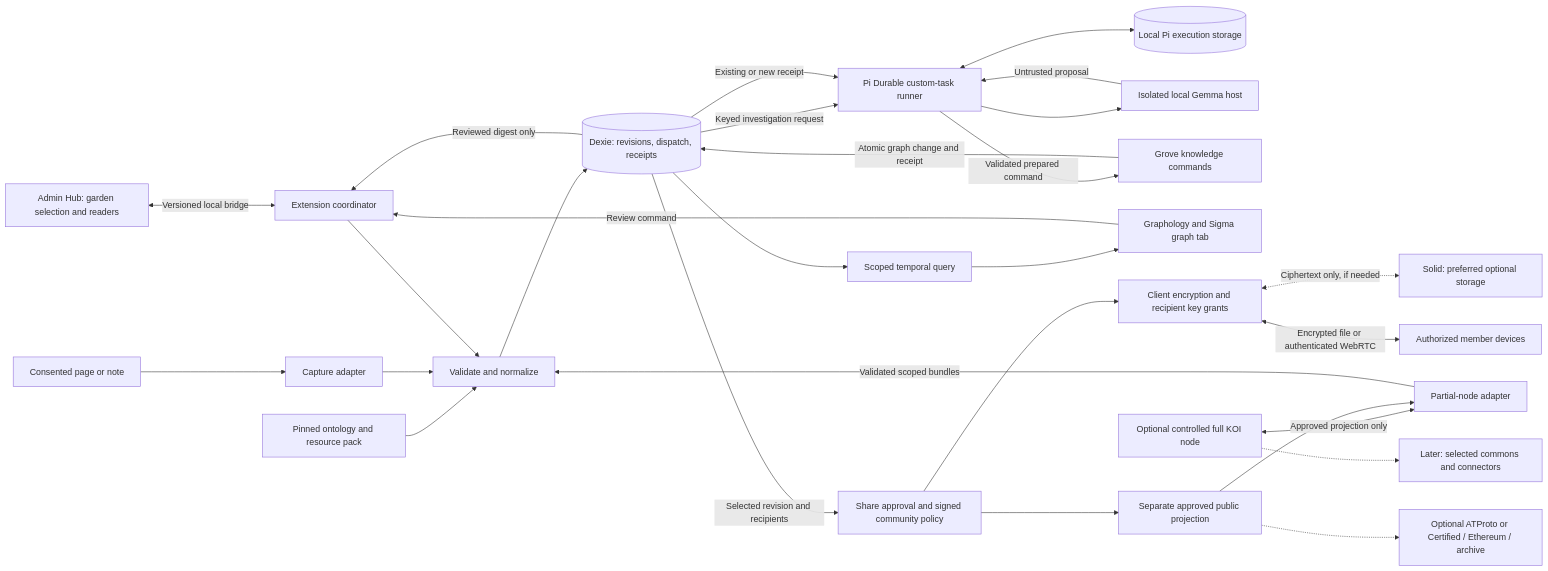
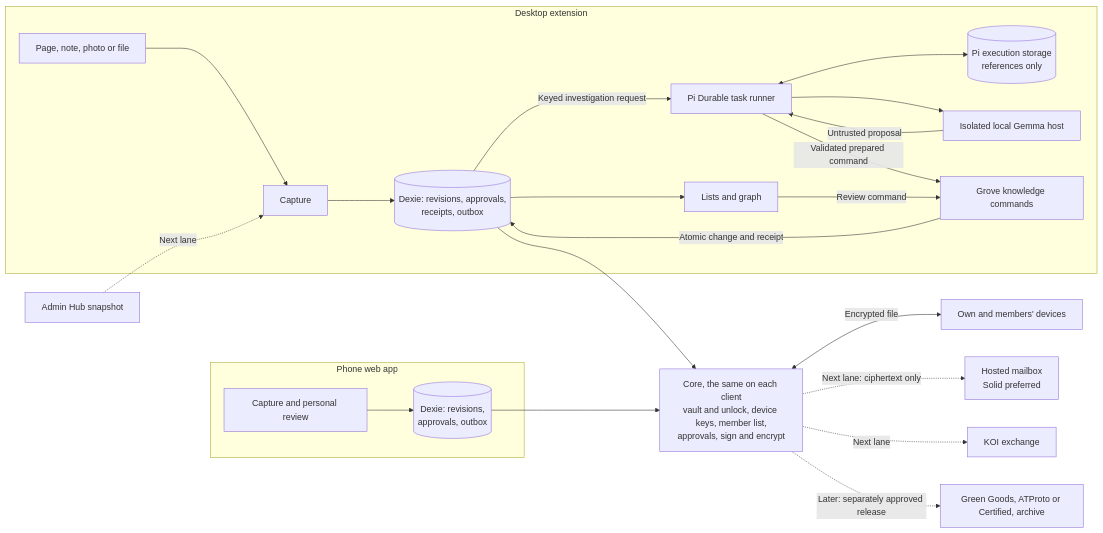
Before and after one commit to greenpill-dev-guild/green-goods: the diagram in .plans/ideas/grove/spec.md, drawn with Mermaid. The commit also changed other lines of this file and 23 other files, not shown here.

First line of the commit message:
docs(plans): align Grove hub with the 14 November decisions

````diff
--- a/.plans/ideas/grove/spec.md
+++ b/.plans/ideas/grove/spec.md
@@ -72,30 +171,26 @@
 ```mermaid
 flowchart LR
-  Hub[Admin Hub: garden selection and readers] <-->|Versioned local bridge| BG[Extension coordinator]
-  Page[Consented page or note] --> Capture[Capture adapter]
-  Pack[Pinned ontology and resource pack] --> Ingest[Validate and normalize]
-  Capture --> Ingest
-  BG --> Ingest
-  Ingest --> DB[(Dexie: revisions, dispatch, receipts)]
-  DB -->|Keyed investigation request| Runner[Pi Durable custom-task runner]
-  Runner <--> PS[(Local Pi execution storage)]
-  Runner --> Model[Isolated local Gemma host]
-  Model -->|Untrusted proposal| Runner
-  Runner -->|Validated prepared command| Command[Grove knowledge commands]
-  Command -->|Atomic graph change and receipt| DB
-  DB -->|Existing or new receipt| Runner
-  DB --> Query[Scoped temporal query]
-  Query --> Graph[Graphology and Sigma graph tab]
-  Graph -->|Review command| BG
-  DB -->|Reviewed digest only| BG
-  DB -->|Selected revision and recipients| Approval[Share approval and signed community policy]
-  Approval --> Encrypt[Client encryption and recipient key grants]
-  Encrypt <-.->|Ciphertext only, if needed| Store[Solid: preferred optional storage]
-  Encrypt <-->|Encrypted file or authenticated WebRTC| Devices[Authorized member devices]
-  Approval --> Release[Separate approved public projection]
-  Peer[Optional controlled full KOI node] <-->|Approved projection only| KOI[Partial-node adapter]
-  KOI -->|Validated scoped bundles| Ingest
-  Release --> KOI
-  Release -.-> Public[Optional ATProto or Certified / Ethereum / archive]
-  Peer -.-> Commons[Later: selected commons and connectors]
+  subgraph PHONE["Phone web app"]
+    PCap["Capture and personal review"] --> PDB[("Dexie: revisions,<br/>approvals, outbox")]
+  end
+  subgraph LAPTOP["Desktop extension"]
+    Page["Page, note, photo or file"] --> Cap["Capture"]
+    Cap --> DB[("Dexie: revisions, approvals,<br/>receipts, outbox")]
+    DB -->|"Keyed investigation request"| Runner["Pi Durable task runner"]
+    Runner <--> PS[("Pi execution storage<br/>references only")]
+    Runner --> Model["Isolated local Gemma host"]
+    Model -->|"Untrusted proposal"| Runner
+    Runner -->|"Validated prepared command"| Cmd["Grove knowledge commands"]
+    Cmd -->|"Atomic change and receipt"| DB
+    DB --> Views["Lists and graph"]
+    Views -->|"Review command"| Cmd
+  end
+  Core["Core, the same on each client<br/>vault and unlock, device keys, member list,<br/>approvals, sign and encrypt"]
+  PDB --> Core
+  DB --> Core
+  Core <-->|"Encrypted file"| Peers["Own and members' devices"]
+  Core -.->|"Next lane: ciphertext only"| Store["Hosted mailbox<br/>Solid preferred"]
+  Hub["Admin Hub snapshot"] -.->|"Next lane"| Cap
+  Core -.->|"Next lane"| KOI["KOI exchange"]
+  Core -.->|"Later: separately approved release"| Public["Green Goods, ATProto or Certified, archive"]
 ```
````
